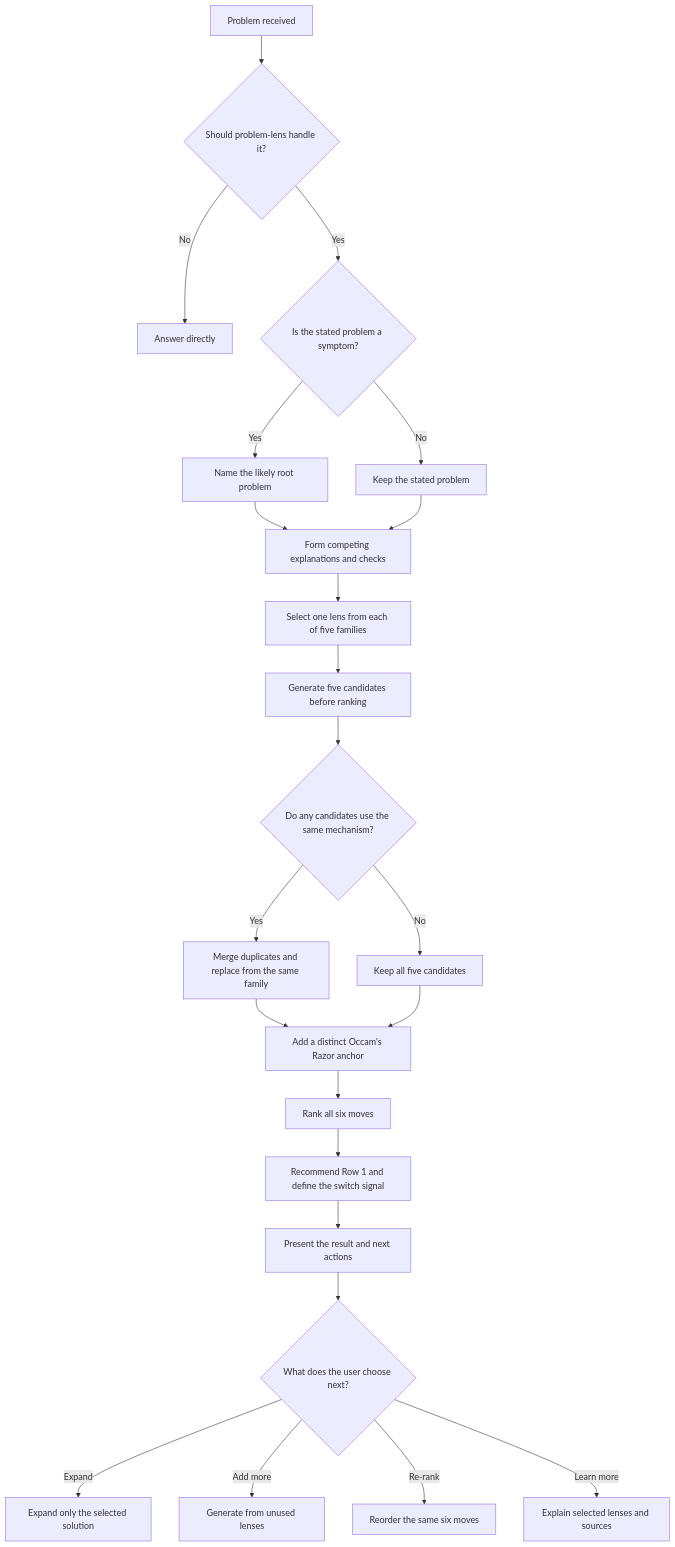
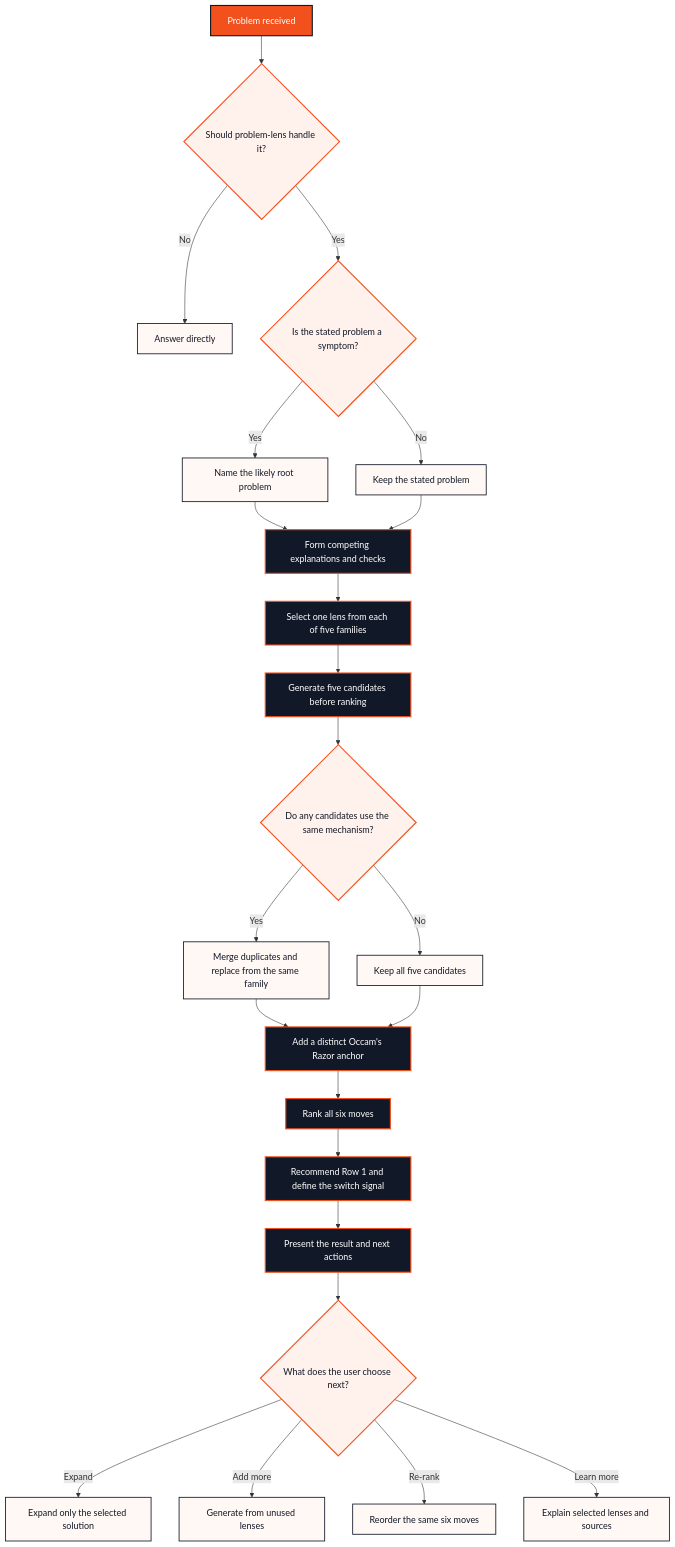
The diagram in README.md (davehallmon/problem-lens), drawn with Mermaid before and after one commit.

Commit message:
Style README decision flow

````diff
--- a/README.md
+++ b/README.md
@@ -27,25 +27,35 @@
 ```mermaid
 graph TD
     A["Problem received"] --> B{"Should problem-lens handle it?"}
     B -->|No| C["Answer directly"]
     B -->|Yes| D{"Is the stated problem a symptom?"}
     D -->|Yes| E["Name the likely root problem"]
     D -->|No| F["Keep the stated problem"]
     E --> G["Form competing explanations and checks"]
     F --> G
     G --> H["Select one lens from each of five families"]
     H --> I["Generate five candidates before ranking"]
     I --> J{"Do any candidates use the same mechanism?"}
     J -->|Yes| K["Merge duplicates and replace from the same family"]
     J -->|No| L["Keep all five candidates"]
     K --> M["Add a distinct Occam's Razor anchor"]
     L --> M
     M --> N["Rank all six moves"]
     N --> O["Recommend Row 1 and define the switch signal"]
     O --> P["Present the result and next actions"]
     P --> Q{"What does the user choose next?"}
     Q -->|Expand| R["Expand only the selected solution"]
     Q -->|Add more| S["Generate from unused lenses"]
     Q -->|Re-rank| T["Reorder the same six moves"]
     Q -->|Learn more| U["Explain selected lenses and sources"]
+
+    classDef start fill:#F2501D,color:#FFFFFF,stroke:#111827,stroke-width:2px;
+    classDef decision fill:#FFF1EB,color:#111827,stroke:#F2501D,stroke-width:2px;
+    classDef core fill:#111827,color:#FFFFFF,stroke:#F2501D,stroke-width:2px;
+    classDef outcome fill:#FFF8F4,color:#111827,stroke:#111827,stroke-width:1.5px;
+
+    class A start;
+    class B,D,J,Q decision;
+    class G,H,I,M,N,O,P core;
+    class C,E,F,K,L,R,S,T,U outcome;
 ```
````
